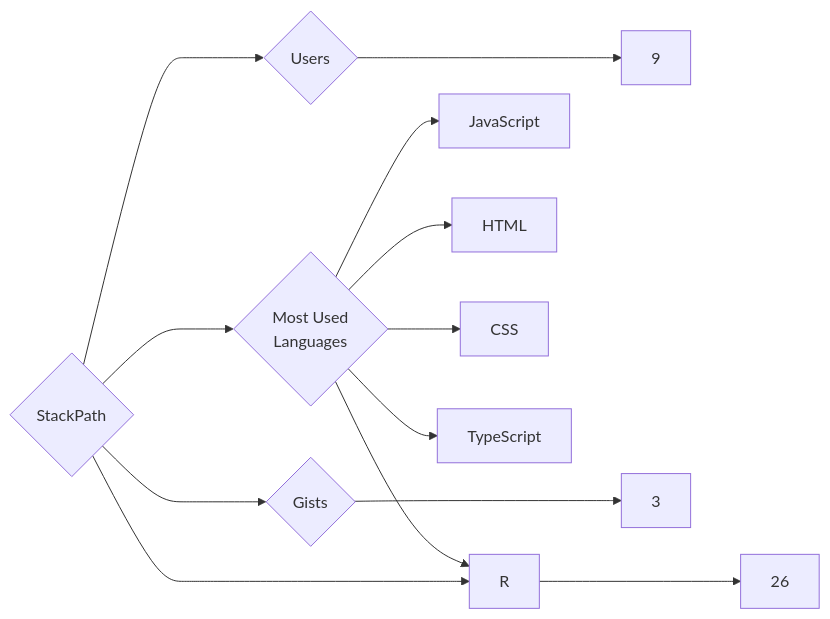
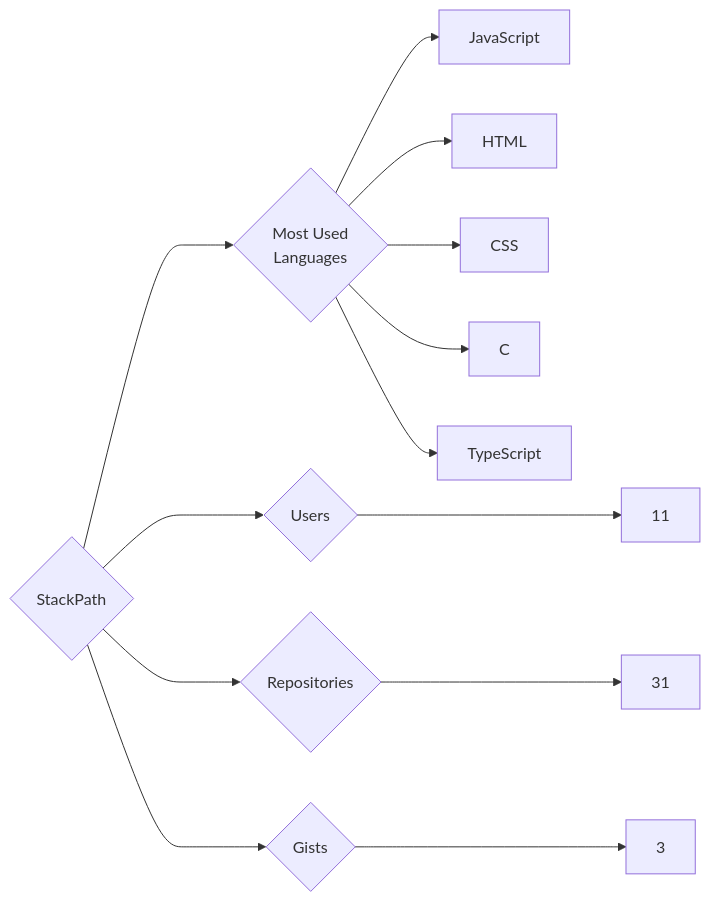
Before and after one commit to trickest/insiders: the diagram in targets/StackPath/README.md, drawn with Mermaid. The commit also changed 1389 other files, not shown here.

````diff
--- a/targets/StackPath/README.md
+++ b/targets/StackPath/README.md
@@ -3,13 +3,13 @@
 ```mermaid
 graph LR
 COMPANY_NAME{StackPath}
-COMPANY_NAME ---> U{Users} ---> UN[9]
-COMPANY_NAME ---> R{Repositories} ---> RN[26]
+COMPANY_NAME ---> U{Users} ---> UN[11]
+COMPANY_NAME ---> R{Repositories} ---> RN[31]
 COMPANY_NAME ---> G{Gists} ---> GN[3]
 COMPANY_NAME ---> ML{Most Used<br>Languages}
 ML --> JavaScript[JavaScript]
 ML --> HTML[HTML]
 ML --> CSS[CSS]
+ML --> C[C]
 ML --> TypeScript[TypeScript]
-ML --> R[R]
 ```
````
